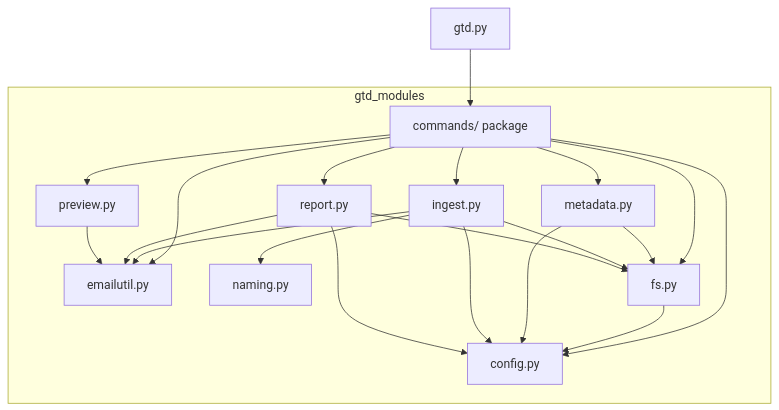
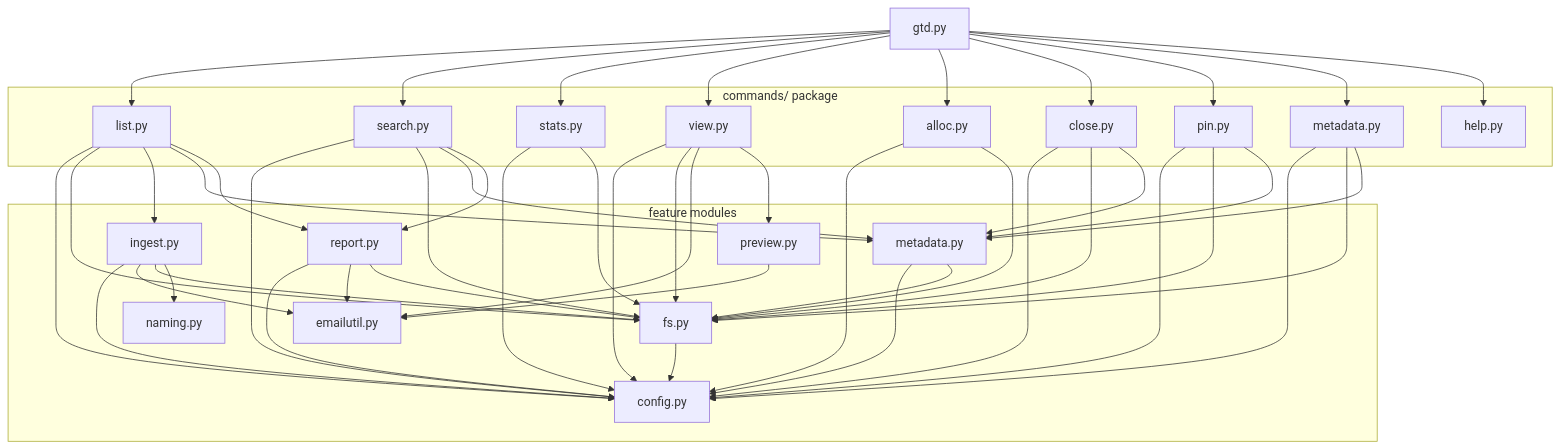
The diagram in MAINTENANCE.md (blairwang-online/qdvc-gtd-eml), drawn with Mermaid before and after one commit. The commit also changed other lines of this file and 1 other file, not shown here.

Commit message:
[docs] Updated mermaid diagram

````diff
--- a/MAINTENANCE.md
+++ b/MAINTENANCE.md
@@ -118,8 +121,19 @@
 graph TD
     gtd[gtd.py]
 
-    subgraph gtd_modules
-        commands[commands/ package]
+    subgraph commands [commands/ package]
+        c_list[list.py]
+        c_search[search.py]
+        c_stats[stats.py]
+        c_view[view.py]
+        c_alloc[alloc.py]
+        c_close[close.py]
+        c_pin[pin.py]
+        c_meta[metadata.py]
+        c_help[help.py]
+    end
+
+    subgraph features [feature modules]
         config[config.py]
         emailutil[emailutil.py]
         naming[naming.py]
@@ -130,19 +144,55 @@
         preview[preview.py]
     end
 
-    %% entry point dispatches into the command hub
-    gtd --> commands
+    %% entry point dispatches to each command handler
+    gtd --> c_list
+    gtd --> c_search
+    gtd --> c_stats
+    gtd --> c_view
+    gtd --> c_alloc
+    gtd --> c_close
+    gtd --> c_pin
+    gtd --> c_meta
+    gtd --> c_help
 
-    %% command modules pull in the feature modules they need
-    commands --> config
-    commands --> fs
-    commands --> emailutil
-    commands --> ingest
-    commands --> metadata
-    commands --> preview
-    commands --> report
+    %% each command imports only the feature modules it needs
+    c_list --> config
+    c_list --> fs
+    c_list --> ingest
+    c_list --> metadata
+    c_list --> report
 
-    %% internal package edges
+    c_search --> config
+    c_search --> fs
+    c_search --> metadata
+    c_search --> report
+
+    c_stats --> config
+    c_stats --> fs
+
+    c_view --> config
+    c_view --> fs
+    c_view --> emailutil
+    c_view --> preview
+
+    c_alloc --> config
+    c_alloc --> fs
+
+    c_close --> config
+    c_close --> fs
+    c_close --> metadata
+
+    c_pin --> config
+    c_pin --> fs
+    c_pin --> metadata
+
+    c_meta --> config
+    c_meta --> fs
+    c_meta --> metadata
+
+    %% c_help imports nothing (leaf)
+
+    %% internal feature-module edges
     fs --> config
     metadata --> config
     metadata --> fs
@@ -155,5 +205,5 @@
     report --> fs
     preview --> emailutil
 
-    %% leaf modules (no internal imports): config, emailutil, naming
+    %% leaf modules (no internal imports): config, emailutil, naming, commands/help.py
 ```
````
